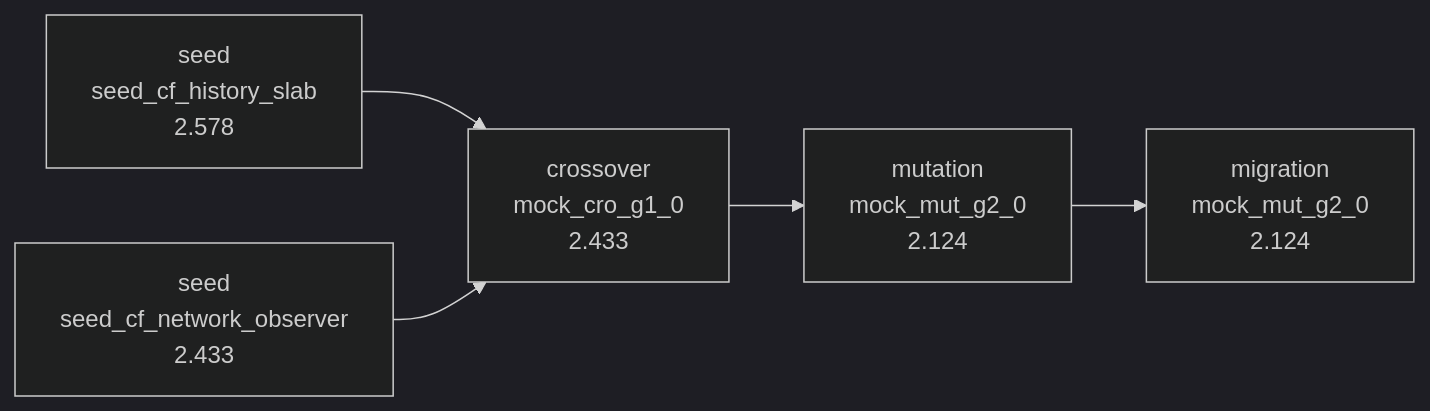
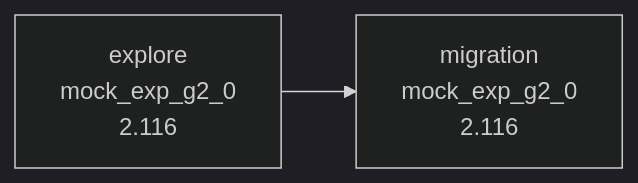
One commit to srivathsanb14/working-code changed the diagram in outputs/discovery/selftest/REPORT.md. Above: the diagram before and after it, drawn with Mermaid (dark theme). The commit also changed other lines of this file and 148 other files, not shown here.

````diff
--- a/outputs/discovery/selftest/REPORT.md
+++ b/outputs/discovery/selftest/REPORT.md
@@ -102,12 +145,6 @@
 ```mermaid
 graph LR
-  g002_i0_0017["mutation<br/>mock_mut_g2_0<br/>2.124"]
-  g001_i0_0008["crossover<br/>mock_cro_g1_0<br/>2.433"]
-  g000_i0_0002["seed<br/>seed_cf_network_observer<br/>2.433"]
-  g000_i0_0000["seed<br/>seed_cf_history_slab<br/>2.578"]
-  g002_i1_0025["migration<br/>mock_mut_g2_0<br/>2.124"]
-  g000_i0_0000 --> g001_i0_0008
-  g000_i0_0002 --> g001_i0_0008
-  g001_i0_0008 --> g002_i0_0017
-  g002_i0_0017 --> g002_i1_0025
+  g002_i0_0020["migration<br/>mock_exp_g2_0<br/>2.116"]
+  g002_i1_0019["explore<br/>mock_exp_g2_0<br/>2.116"]
+  g002_i1_0019 --> g002_i0_0020
 ```
````
